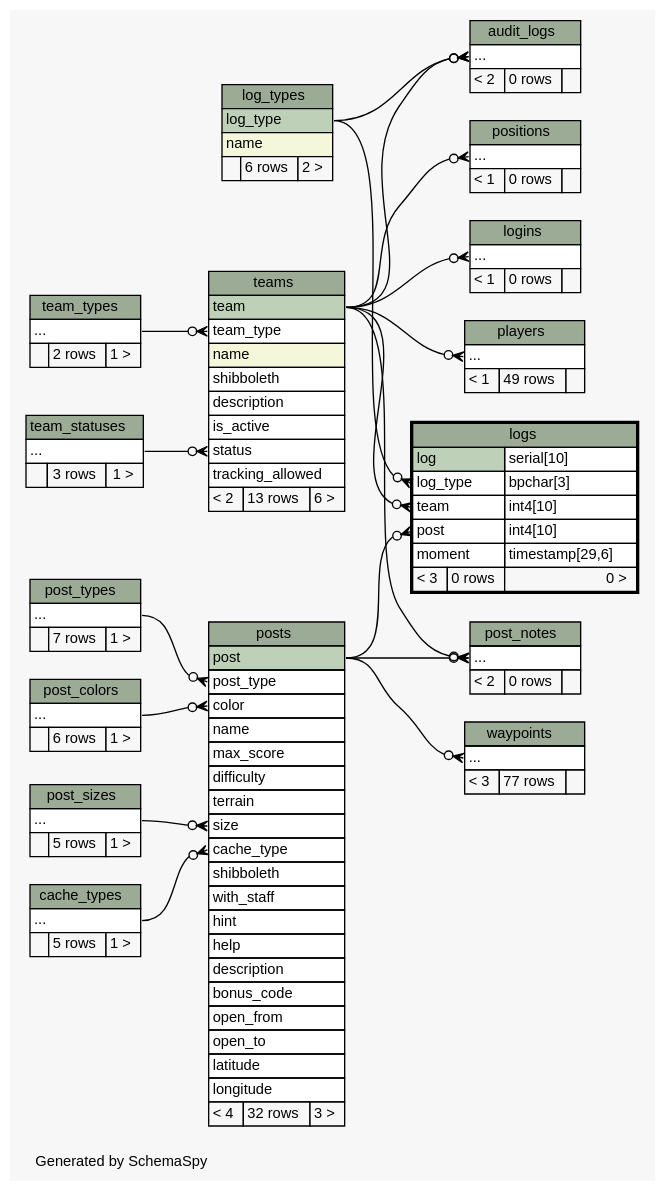
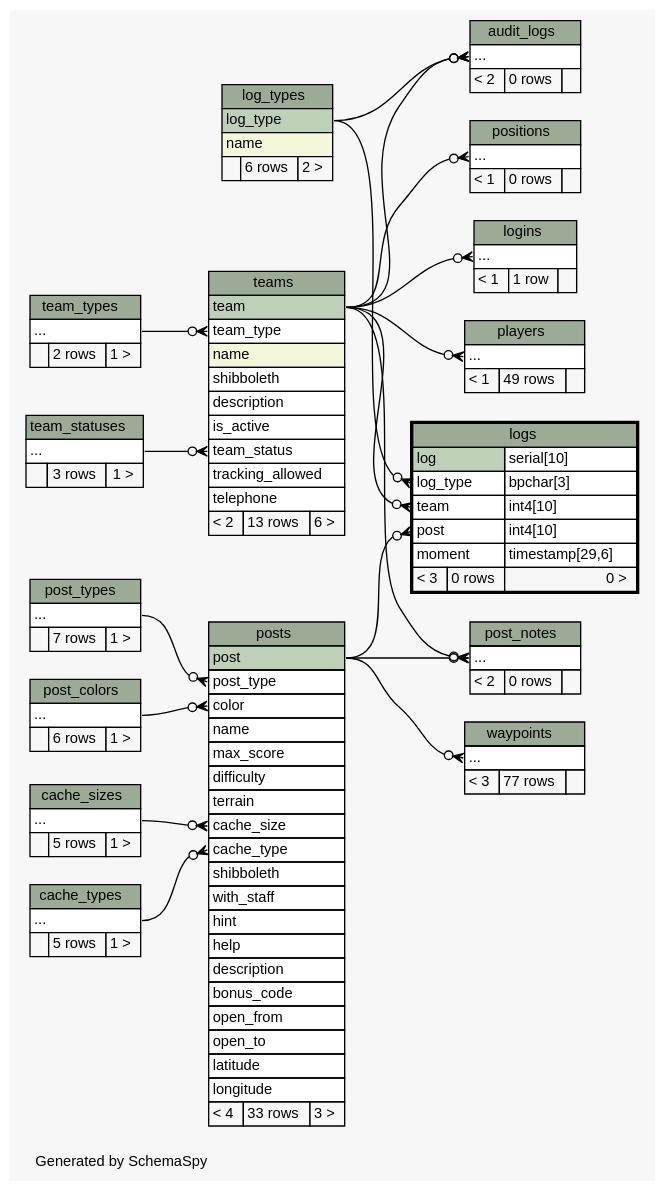
One commit to xmarwin/brazda changed the diagram in Brazda/doc/db/diagrams/logs.2degrees.dot. Above: the diagram before and after it, drawn with Graphviz. The commit also changed 100 other files, not shown here.

```diff
--- a/Brazda/doc/db/diagrams/logs.2degrees.dot
+++ b/Brazda/doc/db/diagrams/logs.2degrees.dot
@@ -29,11 +29,11 @@
   "positions":"elipses":w -> "teams":"team":e [arrowhead=none dir=back arrowtail=crowodot];
   "post_notes":"elipses":w -> "posts":"post":e [arrowhead=none dir=back arrowtail=crowodot];
   "post_notes":"elipses":w -> "teams":"team":e [arrowhead=none dir=back arrowtail=crowodot];
+  "posts":"cache_size":w -> "cache_sizes":"elipses":e [arrowhead=none dir=back arrowtail=crowodot];
   "posts":"cache_type":w -> "cache_types":"elipses":e [arrowhead=none dir=back arrowtail=crowodot];
   "posts":"color":w -> "post_colors":"elipses":e [arrowhead=none dir=back arrowtail=crowodot];
   "posts":"post_type":w -> "post_types":"elipses":e [arrowhead=none dir=back arrowtail=crowodot];
-  "posts":"size":w -> "post_sizes":"elipses":e [arrowhead=none dir=back arrowtail=crowodot];
-  "teams":"status":w -> "team_statuses":"elipses":e [arrowhead=none dir=back arrowtail=crowodot];
+  "teams":"team_status":w -> "team_statuses":"elipses":e [arrowhead=none dir=back arrowtail=crowodot];
   "teams":"team_type":w -> "team_types":"elipses":e [arrowhead=none dir=back arrowtail=crowodot];
   "waypoints":"elipses":w -> "posts":"post":e [arrowhead=none dir=back arrowtail=crowodot];
   "audit_logs" [
@@ -45,6 +45,16 @@
     </TABLE>>
     URL="audit_logs.html"
     tooltip="audit_logs"
+  ];
+  "cache_sizes" [
+    label=<
+    <TABLE BORDER="0" CELLBORDER="1" CELLSPACING="0" BGCOLOR="#ffffff">
+      <TR><TD COLSPAN="3" BGCOLOR="#9bab96" ALIGN="CENTER">cache_sizes</TD></TR>
+      <TR><TD PORT="elipses" COLSPAN="3" ALIGN="LEFT">...</TD></TR>
+      <TR><TD ALIGN="LEFT" BGCOLOR="#f7f7f7">  </TD><TD ALIGN="RIGHT" BGCOLOR="#f7f7f7">5 rows</TD><TD ALIGN="RIGHT" BGCOLOR="#f7f7f7">1 &gt;</TD></TR>
+    </TABLE>>
+    URL="cache_sizes.html"
+    tooltip="cache_sizes"
   ];
   "cache_types" [
     label=<
@@ -72,7 +82,7 @@
     <TABLE BORDER="0" CELLBORDER="1" CELLSPACING="0" BGCOLOR="#ffffff">
       <TR><TD COLSPAN="3" BGCOLOR="#9bab96" ALIGN="CENTER">logins</TD></TR>
       <TR><TD PORT="elipses" COLSPAN="3" ALIGN="LEFT">...</TD></TR>
-      <TR><TD ALIGN="LEFT" BGCOLOR="#f7f7f7">&lt; 1</TD><TD ALIGN="RIGHT" BGCOLOR="#f7f7f7">0 rows</TD><TD ALIGN="RIGHT" BGCOLOR="#f7f7f7">  </TD></TR>
+      <TR><TD ALIGN="LEFT" BGCOLOR="#f7f7f7">&lt; 1</TD><TD ALIGN="RIGHT" BGCOLOR="#f7f7f7">1 row</TD><TD ALIGN="RIGHT" BGCOLOR="#f7f7f7">  </TD></TR>
     </TABLE>>
     URL="logins.html"
     tooltip="logins"
@@ -131,16 +141,6 @@
     URL="post_notes.html"
     tooltip="post_notes"
   ];
-  "post_sizes" [
-    label=<
-    <TABLE BORDER="0" CELLBORDER="1" CELLSPACING="0" BGCOLOR="#ffffff">
-      <TR><TD COLSPAN="3" BGCOLOR="#9bab96" ALIGN="CENTER">post_sizes</TD></TR>
-      <TR><TD PORT="elipses" COLSPAN="3" ALIGN="LEFT">...</TD></TR>
-      <TR><TD ALIGN="LEFT" BGCOLOR="#f7f7f7">  </TD><TD ALIGN="RIGHT" BGCOLOR="#f7f7f7">5 rows</TD><TD ALIGN="RIGHT" BGCOLOR="#f7f7f7">1 &gt;</TD></TR>
-    </TABLE>>
-    URL="post_sizes.html"
-    tooltip="post_sizes"
-  ];
   "post_types" [
     label=<
     <TABLE BORDER="0" CELLBORDER="1" CELLSPACING="0" BGCOLOR="#ffffff">
@@ -162,7 +162,7 @@
       <TR><TD PORT="max_score" COLSPAN="3" ALIGN="LEFT">max_score</TD></TR>
       <TR><TD PORT="difficulty" COLSPAN="3" ALIGN="LEFT">difficulty</TD></TR>
       <TR><TD PORT="terrain" COLSPAN="3" ALIGN="LEFT">terrain</TD></TR>
-      <TR><TD PORT="size" COLSPAN="3" ALIGN="LEFT">size</TD></TR>
+      <TR><TD PORT="cache_size" COLSPAN="3" ALIGN="LEFT">cache_size</TD></TR>
       <TR><TD PORT="cache_type" COLSPAN="3" ALIGN="LEFT">cache_type</TD></TR>
       <TR><TD PORT="shibboleth" COLSPAN="3" ALIGN="LEFT">shibboleth</TD></TR>
       <TR><TD PORT="with_staff" COLSPAN="3" ALIGN="LEFT">with_staff</TD></TR>
@@ -174,7 +174,7 @@
       <TR><TD PORT="open_to" COLSPAN="3" ALIGN="LEFT">open_to</TD></TR>
       <TR><TD PORT="latitude" COLSPAN="3" ALIGN="LEFT">latitude</TD></TR>
       <TR><TD PORT="longitude" COLSPAN="3" ALIGN="LEFT">longitude</TD></TR>
-      <TR><TD ALIGN="LEFT" BGCOLOR="#f7f7f7">&lt; 4</TD><TD ALIGN="RIGHT" BGCOLOR="#f7f7f7">32 rows</TD><TD ALIGN="RIGHT" BGCOLOR="#f7f7f7">3 &gt;</TD></TR>
+      <TR><TD ALIGN="LEFT" BGCOLOR="#f7f7f7">&lt; 4</TD><TD ALIGN="RIGHT" BGCOLOR="#f7f7f7">33 rows</TD><TD ALIGN="RIGHT" BGCOLOR="#f7f7f7">3 &gt;</TD></TR>
     </TABLE>>
     URL="posts.html"
     tooltip="posts"
@@ -209,8 +209,9 @@
       <TR><TD PORT="shibboleth" COLSPAN="3" ALIGN="LEFT">shibboleth</TD></TR>
       <TR><TD PORT="description" COLSPAN="3" ALIGN="LEFT">description</TD></TR>
       <TR><TD PORT="is_active" COLSPAN="3" ALIGN="LEFT">is_active</TD></TR>
-      <TR><TD PORT="status" COLSPAN="3" ALIGN="LEFT">status</TD></TR>
+      <TR><TD PORT="team_status" COLSPAN="3" ALIGN="LEFT">team_status</TD></TR>
       <TR><TD PORT="tracking_allowed" COLSPAN="3" ALIGN="LEFT">tracking_allowed</TD></TR>
+      <TR><TD PORT="telephone" COLSPAN="3" ALIGN="LEFT">telephone</TD></TR>
       <TR><TD ALIGN="LEFT" BGCOLOR="#f7f7f7">&lt; 2</TD><TD ALIGN="RIGHT" BGCOLOR="#f7f7f7">13 rows</TD><TD ALIGN="RIGHT" BGCOLOR="#f7f7f7">6 &gt;</TD></TR>
     </TABLE>>
     URL="teams.html"
```
